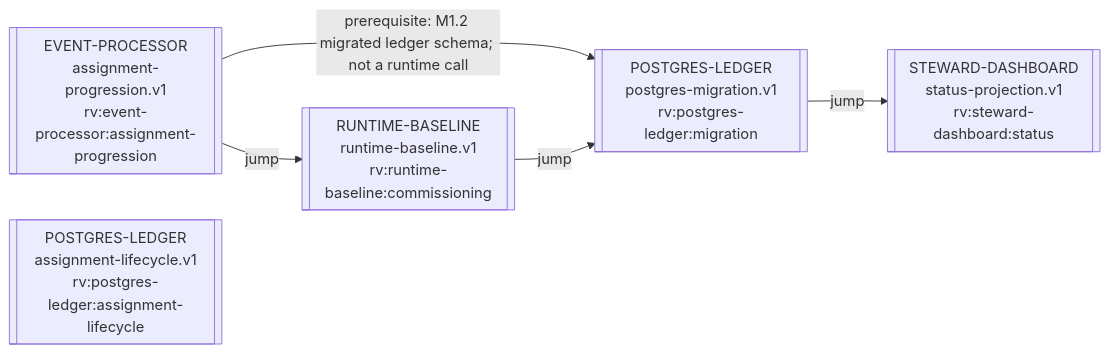
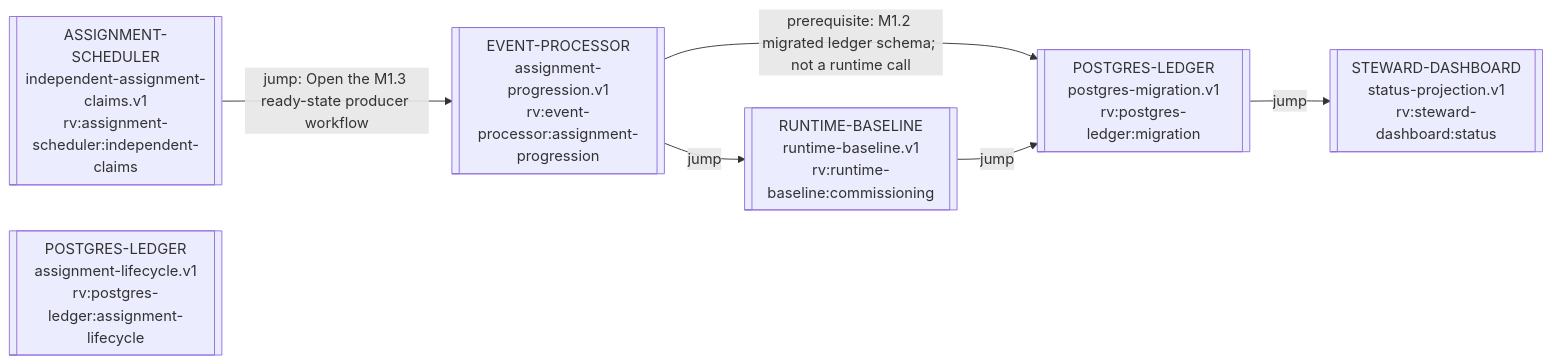
Before and after one commit to ppow1/Riverview-: the diagram in process_graphs/generated/RIVERVIEW_PROCESS_GRAPH.md, drawn with Mermaid. The commit also changed other lines of this file and 39 other files, not shown here.

Commit message:
feat: add isolated M1.4 assignment lease scheduler

````diff
--- a/process_graphs/generated/RIVERVIEW_PROCESS_GRAPH.md
+++ b/process_graphs/generated/RIVERVIEW_PROCESS_GRAPH.md
@@ -9,12 +9,14 @@
 ```mermaid
 flowchart LR
+  g_rv_assignment_scheduler_independent_claims_88bd80c4[["ASSIGNMENT-SCHEDULER<br/>independent-assignment-claims.v1<br/>rv:assignment-scheduler:independent-claims"]]
   g_rv_event_processor_assignment_progression_fa10db2d[["EVENT-PROCESSOR<br/>assignment-progression.v1<br/>rv:event-processor:assignment-progression"]]
   g_rv_postgres_ledger_assignment_lifecycle_a9a01b67[["POSTGRES-LEDGER<br/>assignment-lifecycle.v1<br/>rv:postgres-ledger:assignment-lifecycle"]]
   g_rv_postgres_ledger_migration_4c89ef23[["POSTGRES-LEDGER<br/>postgres-migration.v1<br/>rv:postgres-ledger:migration"]]
   g_rv_runtime_baseline_commissioning_46ff1ccf[["RUNTIME-BASELINE<br/>runtime-baseline.v1<br/>rv:runtime-baseline:commissioning"]]
   g_rv_steward_dashboard_status_75f7c259[["STEWARD-DASHBOARD<br/>status-projection.v1<br/>rv:steward-dashboard:status"]]
+  g_rv_assignment_scheduler_independent_claims_88bd80c4 -->|jump: Open the M1.3 ready-state producer workflow| g_rv_event_processor_assignment_progression_fa10db2d
   g_rv_event_processor_assignment_progression_fa10db2d -->|prerequisite: M1.2 migrated ledger schema; not a runtime call| g_rv_postgres_ledger_migration_4c89ef23
   g_rv_event_processor_assignment_progression_fa10db2d -->|jump| g_rv_runtime_baseline_commissioning_46ff1ccf
   g_rv_postgres_ledger_migration_4c89ef23 -->|jump| g_rv_steward_dashboard_status_75f7c259
   g_rv_runtime_baseline_commissioning_46ff1ccf -->|jump| g_rv_postgres_ledger_migration_4c89ef23
 ```
````
